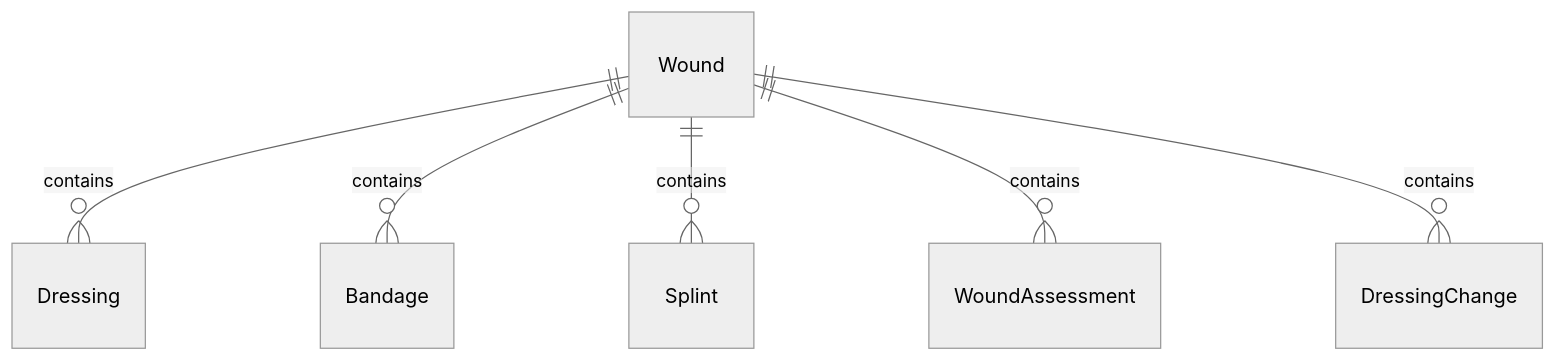
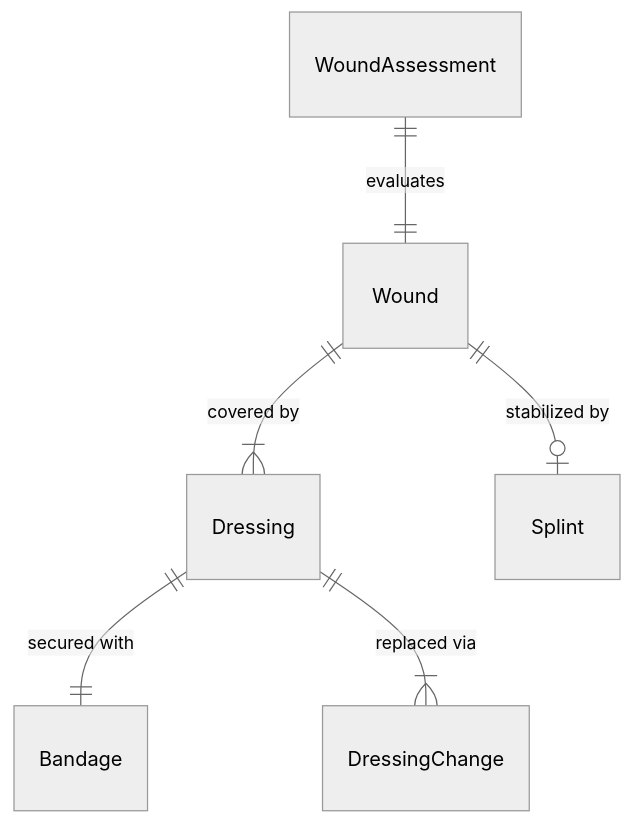
Before and after one commit to dot-org-ai/tasks.org.ai: the first of 4 diagrams in AssistingAndCaringForOthers/AdministerBasicHealthCareOrMedicalTreatments/ApplyBandagesDressingsSplints.mdx, drawn with Mermaid (neutral theme). The commit also changed other lines of this file and 32 other files, not shown here.

First line of the commit message:
fix: Improve ER and State diagrams in 32 AssistingAndCaringForOthers DWA files

````diff
--- a/AssistingAndCaringForOthers/AdministerBasicHealthCareOrMedicalTreatments/ApplyBandagesDressingsSplints.mdx
+++ b/AssistingAndCaringForOthers/AdministerBasicHealthCareOrMedicalTreatments/ApplyBandagesDressingsSplints.mdx
@@ -88,8 +88,8 @@
 ```mermaid
 erDiagram
-    Wound ||--o{ Dressing : contains
-    Wound ||--o{ Bandage : contains
-    Wound ||--o{ Splint : contains
-    Wound ||--o{ WoundAssessment : contains
-    Wound ||--o{ DressingChange : contains
+    WoundAssessment ||--|| Wound : evaluates
+    Wound ||--|{ Dressing : "covered by"
+    Dressing ||--|| Bandage : "secured with"
+    Wound ||--o| Splint : "stabilized by"
+    Dressing ||--|{ DressingChange : "replaced via"
 ```
````
